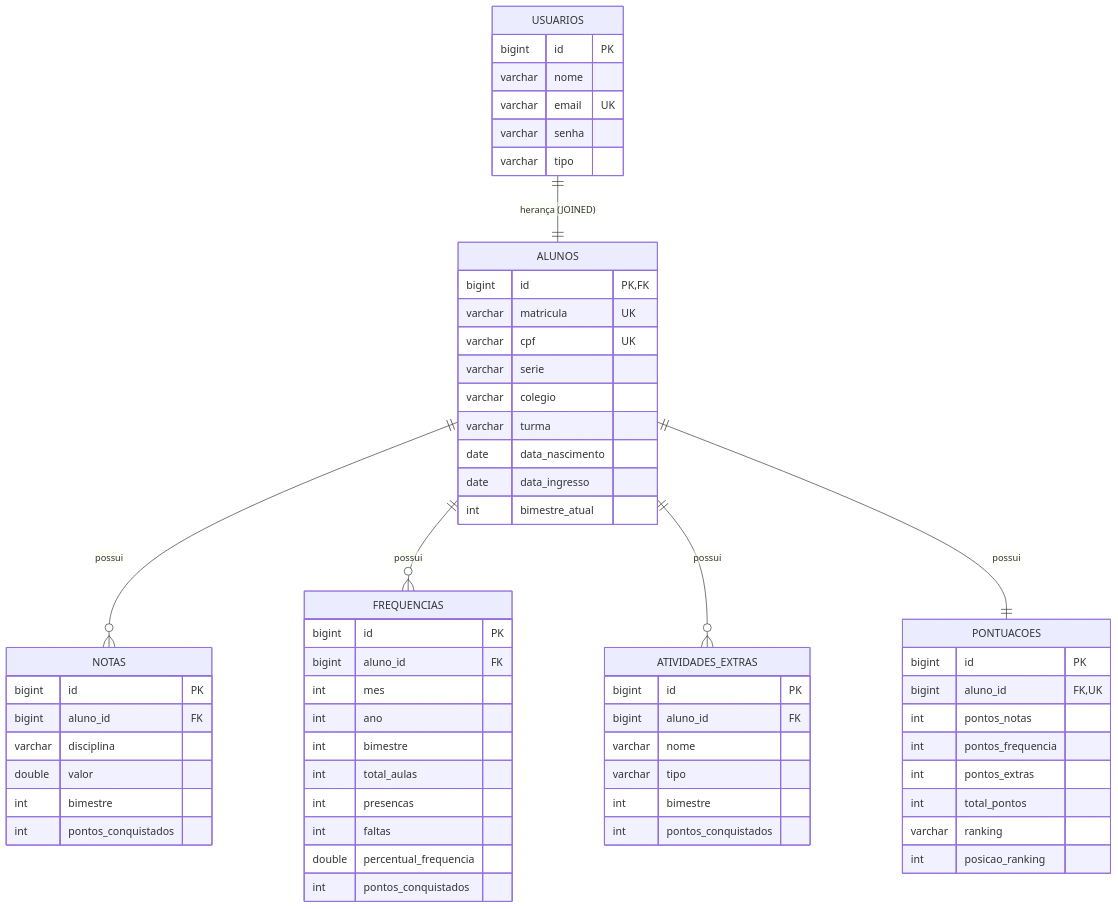
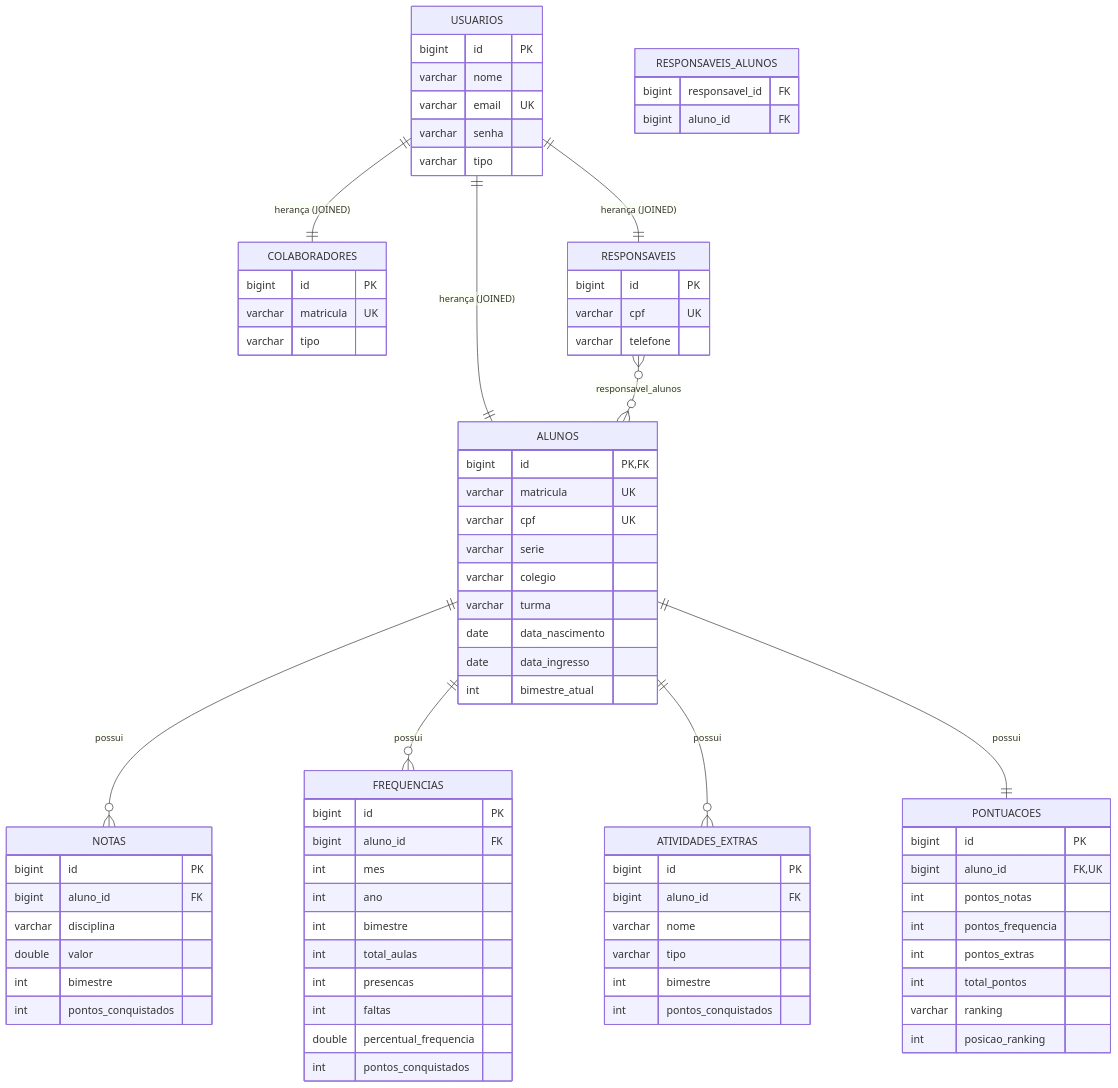
One commit to mateus-pcosta/PontuaPlus changed the diagram in docs/DIAGRAMA_ER.md. Above: the diagram before and after it, drawn with Mermaid. The commit also changed other lines of this file and 10 other files, not shown here.

````diff
--- a/docs/DIAGRAMA_ER.md
+++ b/docs/DIAGRAMA_ER.md
@@ -10,6 +10,23 @@
         varchar email UK
         varchar senha
         varchar tipo
+    }
+
+    COLABORADORES {
+        bigint id PK
+        varchar matricula UK
+        varchar tipo
+    }
+
+    RESPONSAVEIS {
+        bigint id PK
+        varchar cpf UK
+        varchar telefone
+    }
+
+    RESPONSAVEIS_ALUNOS {
+        bigint responsavel_id FK
+        bigint aluno_id FK
     }
 
     ALUNOS {
@@ -67,8 +84,11 @@
     }
 
     USUARIOS ||--|| ALUNOS : "herança (JOINED)"
+    USUARIOS ||--|| COLABORADORES : "herança (JOINED)"
+    USUARIOS ||--|| RESPONSAVEIS : "herança (JOINED)"
     ALUNOS ||--o{ NOTAS : "possui"
     ALUNOS ||--o{ FREQUENCIAS : "possui"
     ALUNOS ||--o{ ATIVIDADES_EXTRAS : "possui"
     ALUNOS ||--|| PONTUACOES : "possui"
+    RESPONSAVEIS }o--o{ ALUNOS : "responsavel_alunos"
 ```
````
